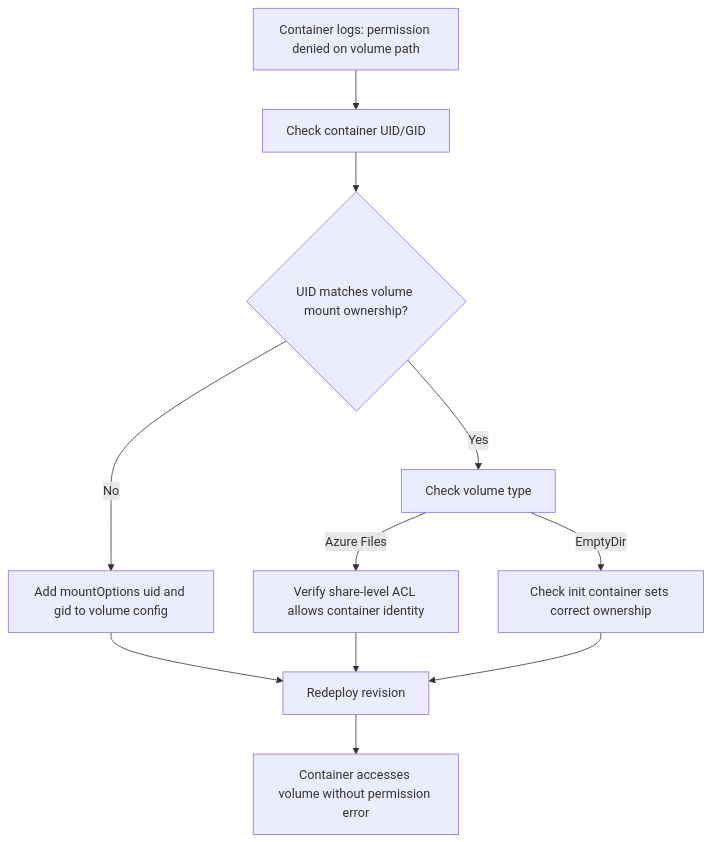
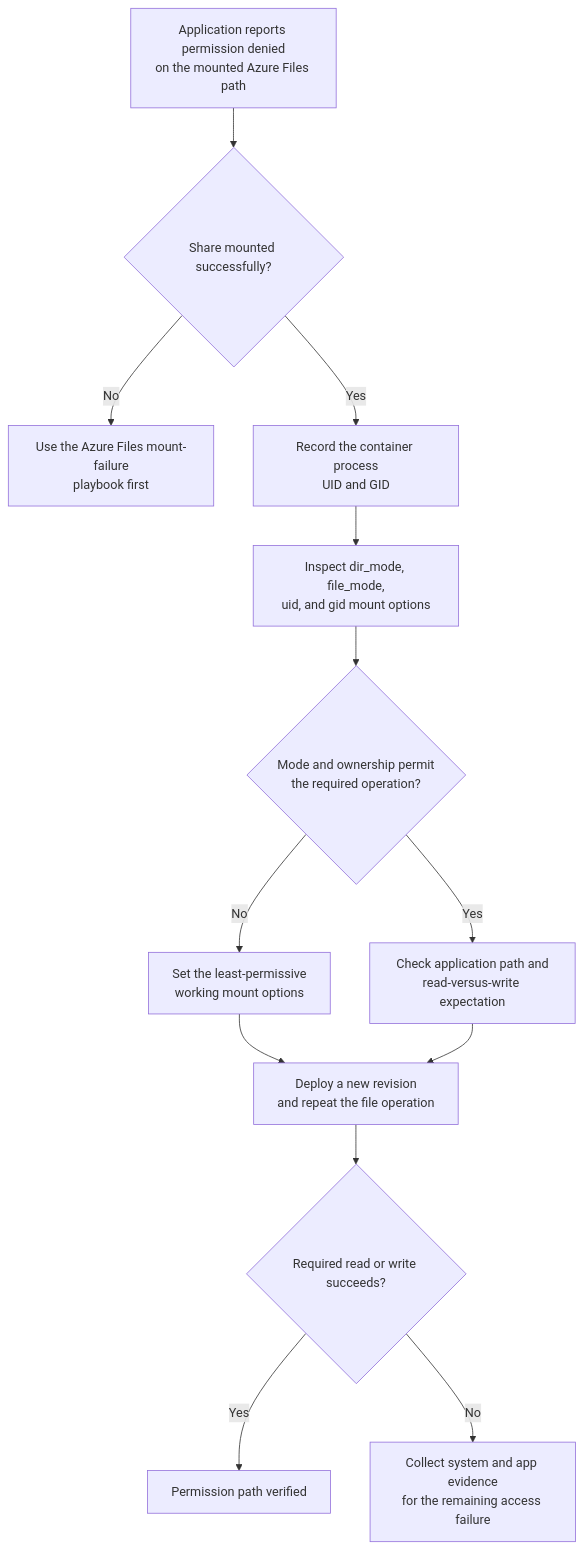
One commit to yeongseon/azure-container-apps-practical-guide changed the diagram in docs/troubleshooting/playbooks/storage-and-volumes/volume-permission-denied.md. Above: the diagram before and after it, drawn with Mermaid. The commit also changed other lines of this file and 19 other files, not shown here.

First line of the commit message:
docs(diagrams): migrate remaining troubleshooting diagrams (#629)

````diff
--- a/docs/troubleshooting/playbooks/storage-and-volumes/volume-permission-denied.md
+++ b/docs/troubleshooting/playbooks/storage-and-volumes/volume-permission-denied.md
@@ -29,13 +32,31 @@
 ```mermaid
 flowchart TD
-    A[Container logs: permission denied on volume path] --> B[Check container UID/GID]
-    B --> C{UID matches volume mount ownership?}
-    C -->|No| D[Add mountOptions uid and gid to volume config]
-    C -->|Yes| E[Check volume type]
-    D --> F[Redeploy revision]
-    E -->|Azure Files| G[Verify share-level ACL allows container identity]
-    E -->|EmptyDir| H[Check init container sets correct ownership]
-    G --> F
-    H --> F
-    F --> I[Container accesses volume without permission error]
+    accTitle: Diagnose Azure Files permission errors after a successful mount
+    accDescr: Prove that the share is mounted, compare the container process user with CIFS mount options, and validate least-permissive mode and ownership settings in a new revision.
+
+    START[Application reports permission denied<br/>on the mounted Azure Files path]
+    MOUNTED{Share mounted successfully?}
+    MOUNT[Use the Azure Files mount-failure<br/>playbook first]
+    PROCESS[Record the container process<br/>UID and GID]
+    OPTIONS[Inspect dir_mode, file_mode,<br/>uid, and gid mount options]
+    ALIGNED{Mode and ownership permit<br/>the required operation?}
+    CORRECT[Set the least-permissive<br/>working mount options]
+    PATH[Check application path and<br/>read-versus-write expectation]
+    RETEST[Deploy a new revision<br/>and repeat the file operation]
+    WORKS{Required read or write succeeds?}
+    DONE[Permission path verified]
+    CONTINUE[Collect system and app evidence<br/>for the remaining access failure]
+
+    START --> MOUNTED
+    MOUNTED -->|No| MOUNT
+    MOUNTED -->|Yes| PROCESS
+    PROCESS --> OPTIONS
+    OPTIONS --> ALIGNED
+    ALIGNED -->|No| CORRECT
+    ALIGNED -->|Yes| PATH
+    CORRECT --> RETEST
+    PATH --> RETEST
+    RETEST --> WORKS
+    WORKS -->|Yes| DONE
+    WORKS -->|No| CONTINUE
 ```
````
